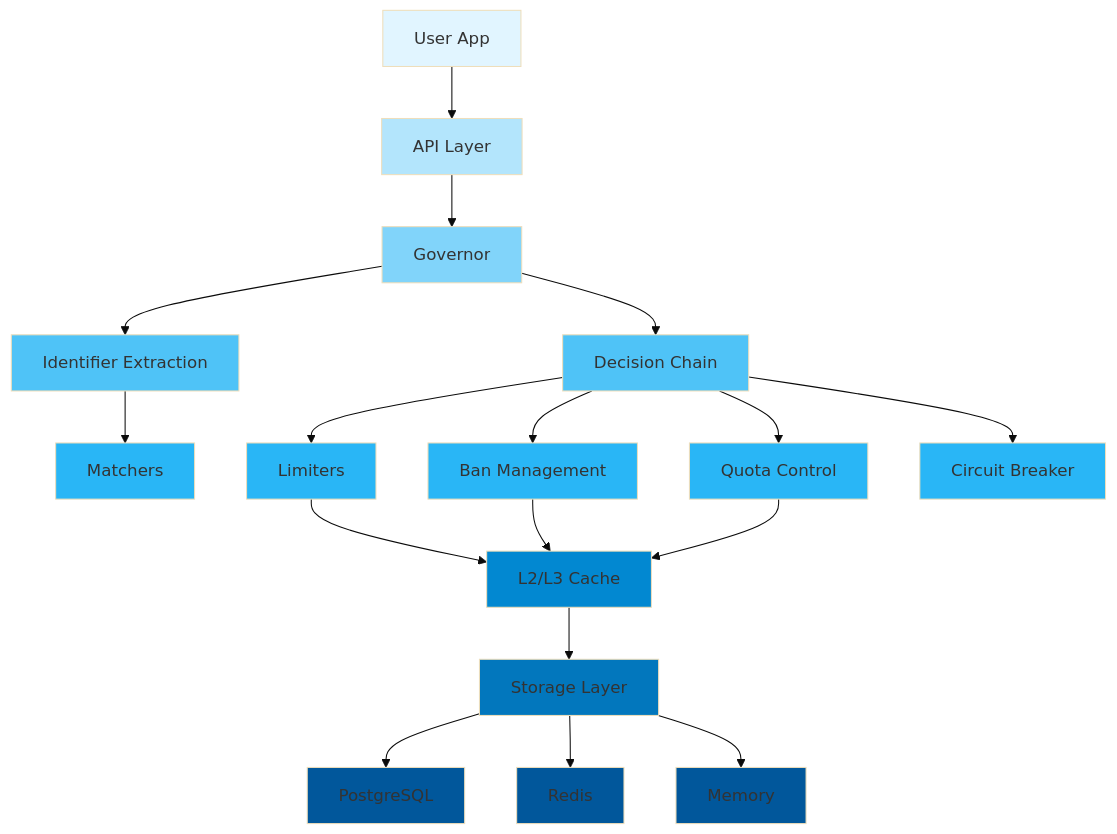
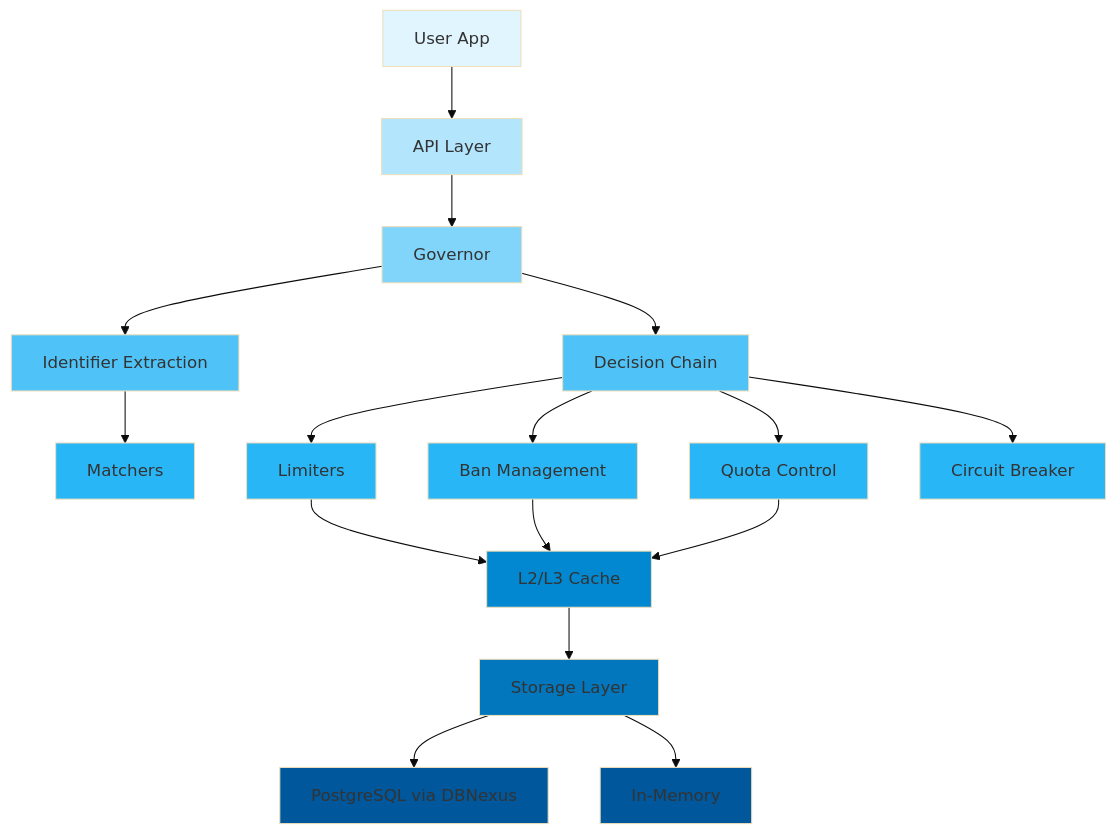
One commit to Kirky-X/limiteron changed the second of 3 diagrams in README.md. Above: the diagram before and after it, drawn with Mermaid (base theme). The commit also changed other lines of this file and 2 other files, not shown here.

````diff
--- a/README.md
+++ b/README.md
@@ -521,35 +522,33 @@
 ```mermaid
 graph TB
     A[User App] --> B[API Layer]
     B --> C[Governor]
     C --> D[Identifier Extraction]
     C --> E[Decision Chain]
     D --> F[Matchers]
     E --> G[Limiters]
     E --> H[Ban Management]
     E --> I[Quota Control]
     E --> J[Circuit Breaker]
     G --> K[L2/L3 Cache]
     H --> K
     I --> K
     K --> L[Storage Layer]
-    L --> M[PostgreSQL]
-    L --> N[Redis]
-    L --> O[Memory]
+    L --> M[PostgreSQL via DBNexus]
+    L --> N[In-Memory]
 
     style A fill:#e1f5ff
     style B fill:#b3e5fc
     style C fill:#81d4fa
     style D fill:#4fc3f7
     style E fill:#4fc3f7
     style F fill:#29b6f6
     style G fill:#29b6f6
     style H fill:#29b6f6
     style I fill:#29b6f6
     style J fill:#29b6f6
     style K fill:#0288d1
     style L fill:#0277bd
     style M fill:#01579b
     style N fill:#01579b
-    style O fill:#01579b
 ```
````
